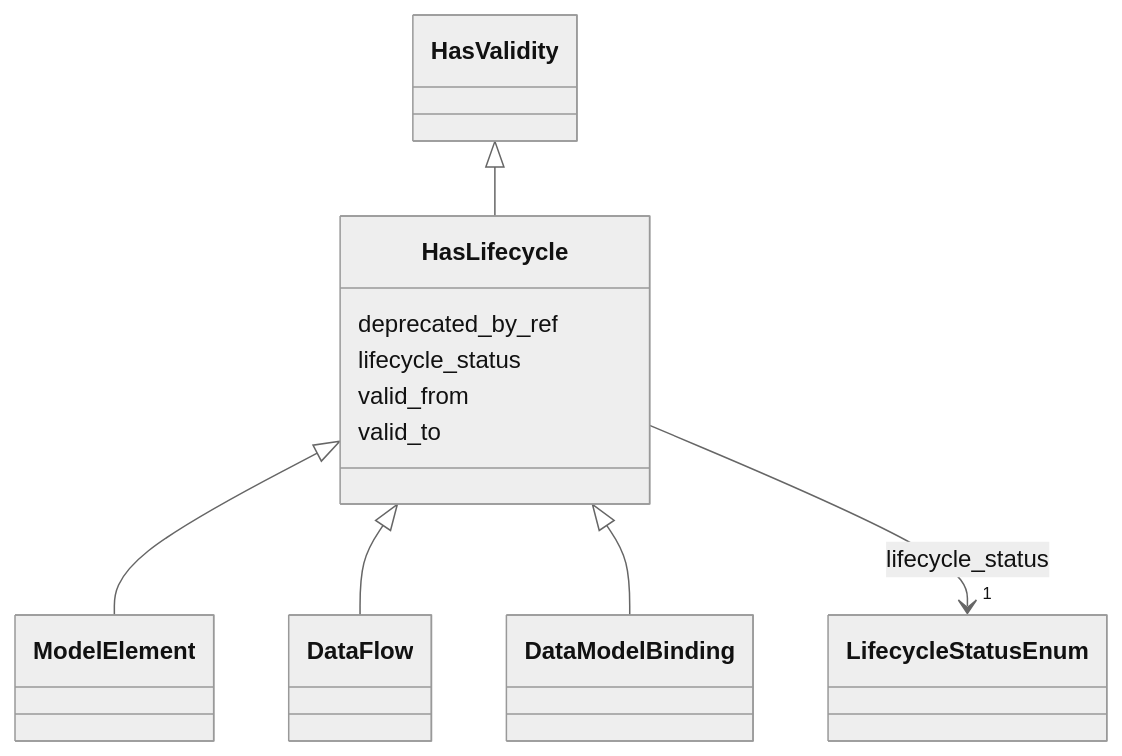
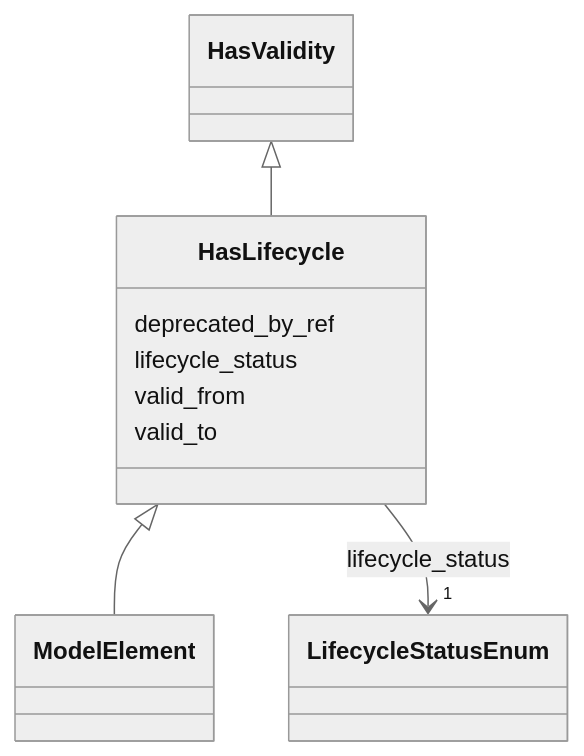
Before and after one commit to oista/moex-data-model: the diagram in generated/artifacts/moex-dams/0.1/diagrams/HasLifecycle.md, drawn with Mermaid (neutral theme). The commit also changed 27 other files, not shown here.

Commit message:
feat(dams): HasValidity on assignments/bindings; drop duplicate HasLifecycle (PR-4)

````diff
--- a/generated/artifacts/moex-dams/0.1/diagrams/HasLifecycle.md
+++ b/generated/artifacts/moex-dams/0.1/diagrams/HasLifecycle.md
@@ -4,35 +4,31 @@
 ```mermaid
  classDiagram
     class HasLifecycle
     click HasLifecycle href "../HasLifecycle"
       HasValidity <|-- HasLifecycle
         click HasValidity href "../HasValidity"
       
 
       HasLifecycle <|-- ModelElement
         click ModelElement href "../ModelElement"
-      HasLifecycle <|-- DataFlow
-        click DataFlow href "../DataFlow"
-      HasLifecycle <|-- DataModelBinding
-        click DataModelBinding href "../DataModelBinding"
       
 
       HasLifecycle : deprecated_by_ref
         
       HasLifecycle : lifecycle_status
         
           
     
         
         
         HasLifecycle --> "1" LifecycleStatusEnum : lifecycle_status
         click LifecycleStatusEnum href "../LifecycleStatusEnum"
     
 
         
       HasLifecycle : valid_from
         
       HasLifecycle : valid_to
         
       
 ```
````
